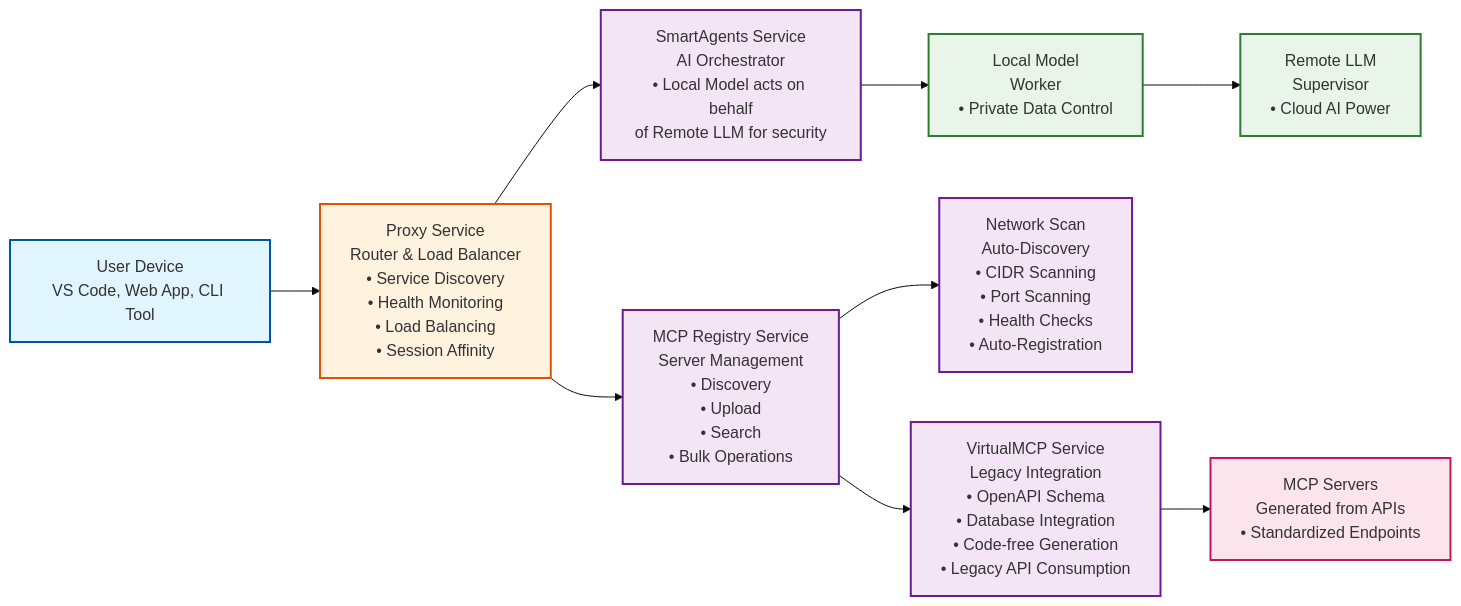
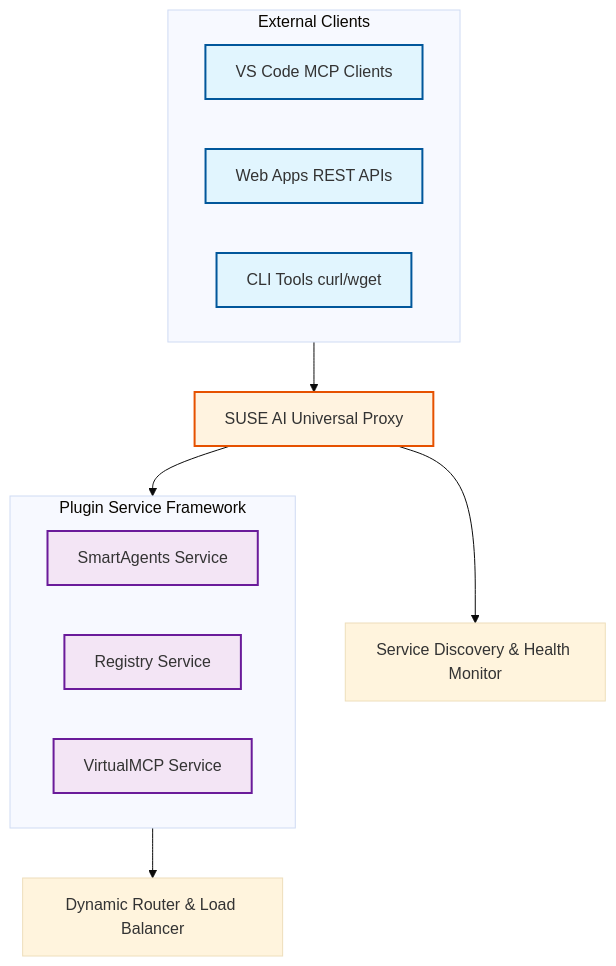
The diagram in README.md (SUSE/suse-ai-up), drawn with Mermaid (base theme) before and after one commit.

````diff
--- a/README.md
+++ b/README.md
@@ -112,23 +80,29 @@
 ```mermaid
-graph LR
-    A[User Device<br/>VS Code, Web App, CLI Tool] --> B[Proxy Service<br/>Router & Load Balancer<br/>• Service Discovery<br/>• Health Monitoring<br/>• Load Balancing<br/>• Session Affinity]
-    B --> C[SmartAgents Service<br/>AI Orchestrator<br/>• Local Model acts on behalf<br/>of Remote LLM for security]
-    B --> D[MCP Registry Service<br/>Server Management<br/>• Discovery<br/>• Upload<br/>• Search<br/>• Bulk Operations]
-    D --> E[Network Scan<br/>Auto-Discovery<br/>• CIDR Scanning<br/>• Port Scanning<br/>• Health Checks<br/>• Auto-Registration]
-    D --> F[VirtualMCP Service<br/>Legacy Integration<br/>• OpenAPI Schema<br/>• Database Integration<br/>• Code-free Generation<br/>• Legacy API Consumption]
-    C --> G[Local Model<br/>Worker<br/>• Private Data Control]
-    G --> H[Remote LLM<br/>Supervisor<br/>• Cloud AI Power]
-    F --> I[MCP Servers<br/>Generated from APIs<br/>• Standardized Endpoints]
+graph TD
+    A[SUSE AI Universal Proxy]
+    subgraph B [Plugin Service Framework]
+        C[SmartAgents Service]
+        D[Registry Service]
+        E[VirtualMCP Service]
+    end
+    F[Dynamic Router & Load Balancer]
+    G[Service Discovery & Health Monitor]
+    subgraph H [External Clients]
+        I[VS Code MCP Clients]
+        J[Web Apps REST APIs]
+        K[CLI Tools curl/wget]
+    end
 
-    classDef userClass fill:#e1f5fe,stroke:#01579b,stroke-width:2px
+    H --> A
+    A --> B
+    B --> F
+    A --> G
+
     classDef proxyClass fill:#fff3e0,stroke:#e65100,stroke-width:2px
     classDef serviceClass fill:#f3e5f5,stroke:#6a1b9a,stroke-width:2px
-    classDef aiClass fill:#e8f5e8,stroke:#2e7d32,stroke-width:2px
-    classDef outputClass fill:#fce4ec,stroke:#c2185b,stroke-width:2px
+    classDef clientClass fill:#e1f5fe,stroke:#01579b,stroke-width:2px
 
-    class A userClass
-    class B proxyClass
-    class C,D,E,F serviceClass
-    class G,H aiClass
-    class I outputClass
+    class A proxyClass
+    class C,D,E serviceClass
+    class I,J,K clientClass
 ```
````
